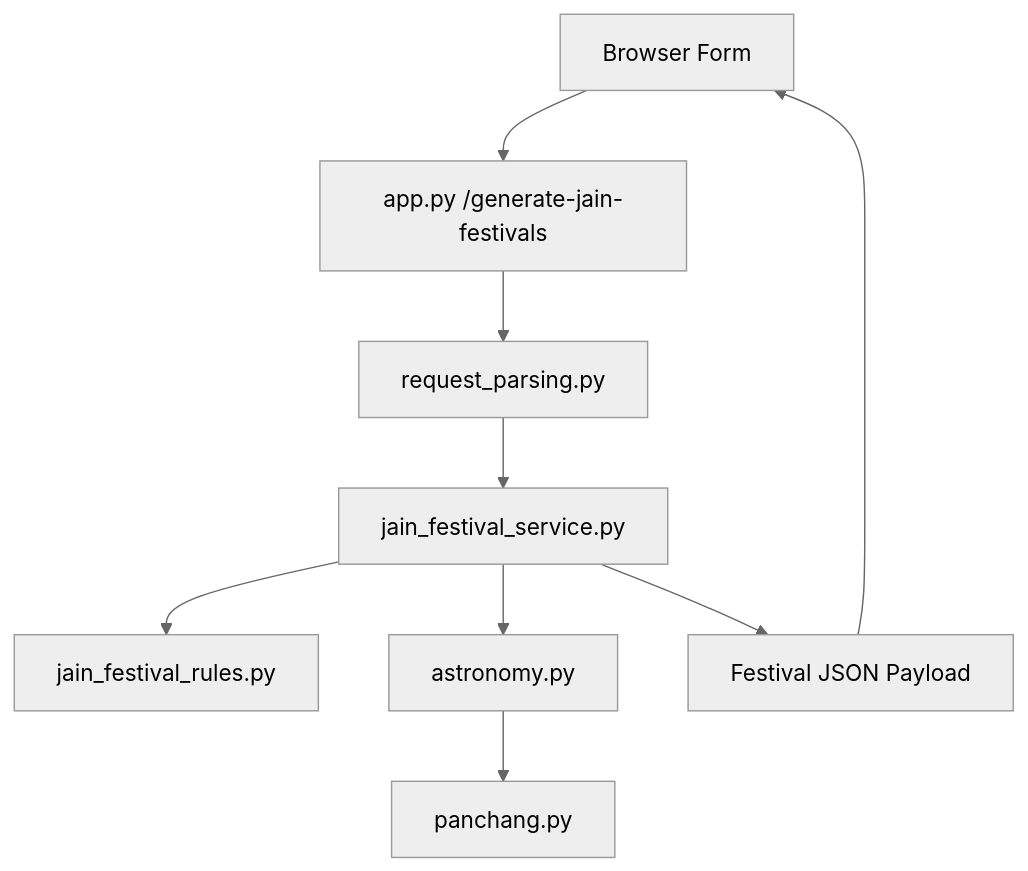
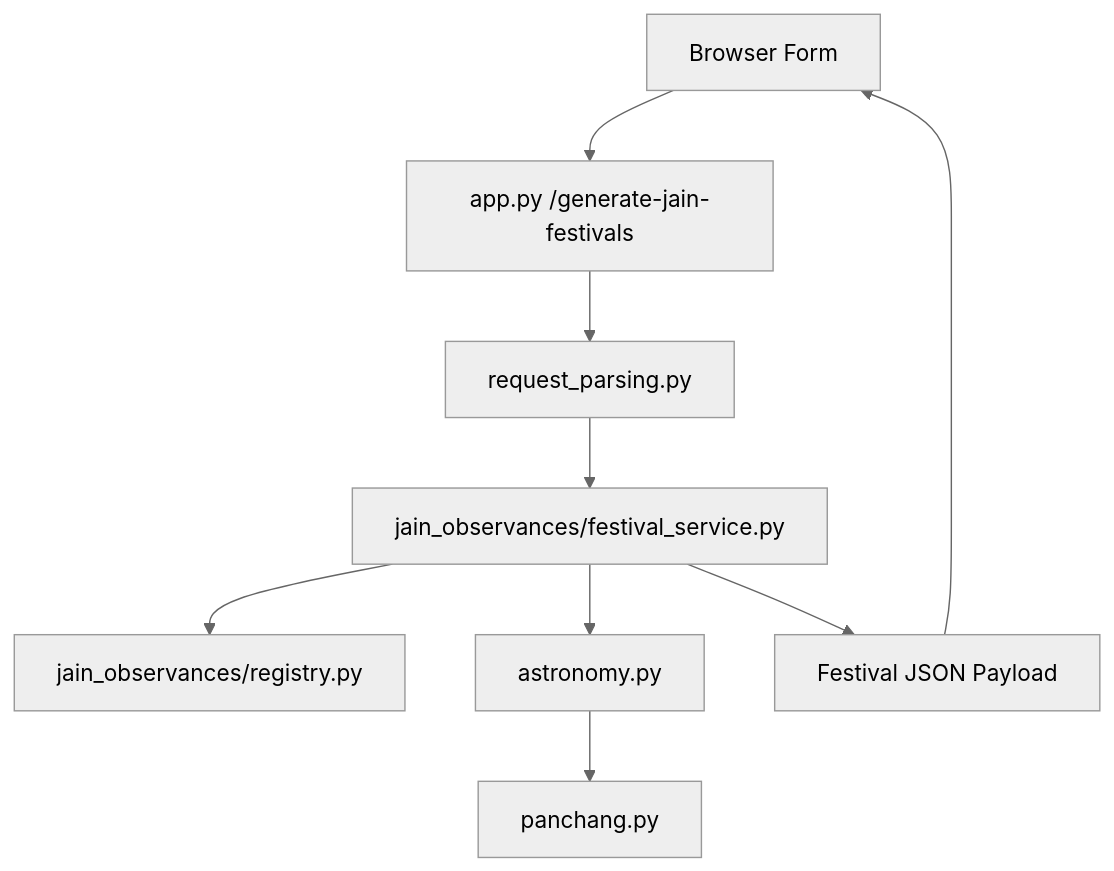
One commit to ManishSAMA/Panchnag changed the fourth of 6 diagrams in python_engine/python_engine/docs/architecture.md. Above: the diagram before and after it, drawn with Mermaid (neutral theme). The commit also changed other lines of this file and 19 other files, not shown here.

````diff
--- a/python_engine/python_engine/docs/architecture.md
+++ b/python_engine/python_engine/docs/architecture.md
@@ -149,11 +149,11 @@
 ```mermaid
 flowchart TD
     Browser[Browser Form] --> Flask[app.py /generate-jain-festivals]
     Flask --> Parsing[request_parsing.py]
-    Parsing --> FestivalService[jain_festival_service.py]
-    FestivalService --> Rules[jain_festival_rules.py]
+    Parsing --> FestivalService[jain_observances/festival_service.py]
+    FestivalService --> Rules[jain_observances/registry.py]
     FestivalService --> Astro[astronomy.py]
     Astro --> Panchang[panchang.py]
     FestivalService --> Payload[Festival JSON Payload]
     Payload --> Browser
 ```
````
